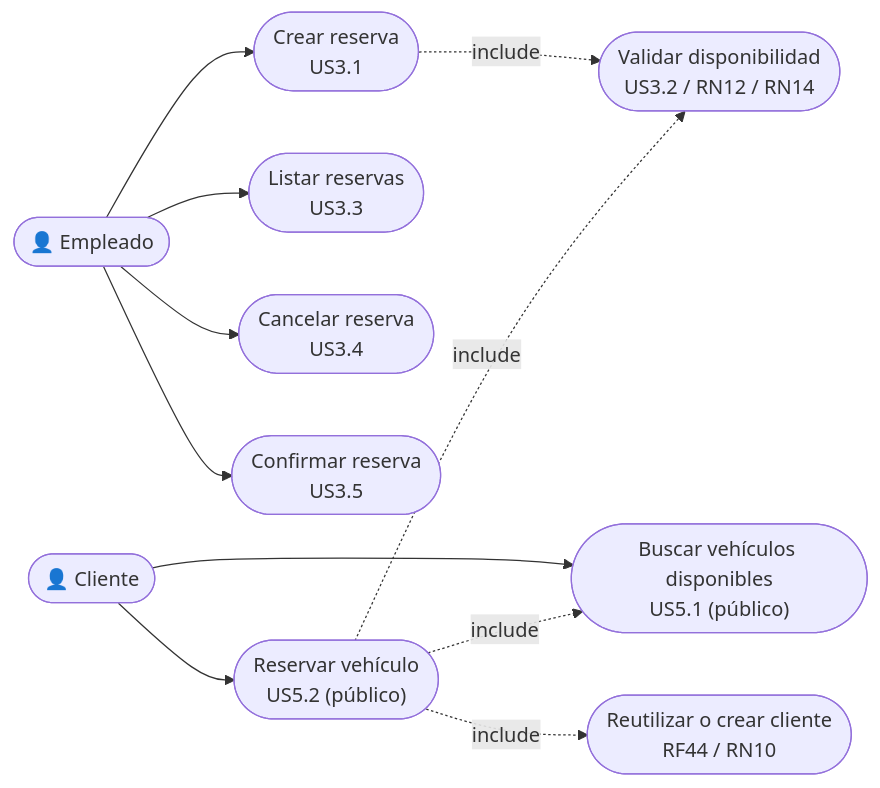
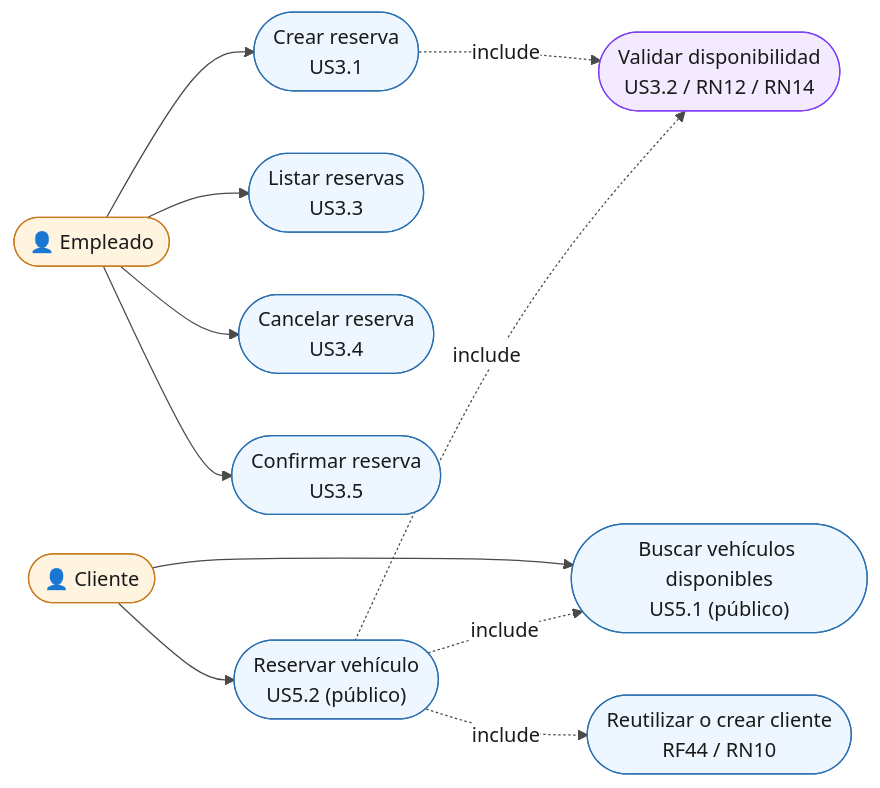
Before and after one commit to chaarlyez/Sistema_de_alquiler_de_veh-culos: the first of 6 diagrams in docs/03-uml/02-reservas-chaarlyez.md, drawn with Mermaid. The commit also changed other lines of this file and 6 other files, not shown here.

First line of the commit message:
docs: colorear todos los diagramas Mermaid y cerrar observacion de notacion

````diff
--- a/docs/03-uml/02-reservas-chaarlyez.md
+++ b/docs/03-uml/02-reservas-chaarlyez.md
@@ -20,28 +20,43 @@
 ```mermaid
+%%{init: {'theme': 'base', 'themeVariables': {
+  'background': '#ffffff',
+  'primaryColor': '#ffffff',
+  'primaryBorderColor': '#4a4a4a',
+  'primaryTextColor': '#1a1a1a',
+  'lineColor': '#4a4a4a',
+  'textColor': '#1a1a1a'
+}}}%%
 flowchart LR
     Empleado(["👤 Empleado"])
     Cliente(["👤 Cliente"])
 
     UC31(["Crear reserva<br/>US3.1"])
     UC33(["Listar reservas<br/>US3.3"])
     UC34(["Cancelar reserva<br/>US3.4"])
     UC35(["Confirmar reserva<br/>US3.5"])
     UC32(["Validar disponibilidad<br/>US3.2 / RN12 / RN14"])
 
     UC51(["Buscar vehículos disponibles<br/>US5.1 (público)"])
     UC52(["Reservar vehículo<br/>US5.2 (público)"])
     UC_CLI(["Reutilizar o crear cliente<br/>RF44 / RN10"])
 
     Empleado --> UC31
     Empleado --> UC33
     Empleado --> UC34
     Empleado --> UC35
 
     Cliente --> UC51
     Cliente --> UC52
 
     UC31 -.->|include| UC32
     UC52 -.->|include| UC32
     UC52 -.->|include| UC51
     UC52 -.->|include| UC_CLI
+
+    classDef actor fill:#fff4e0,stroke:#c97a1e,color:#1a1a1a
+    classDef usecase fill:#eef6ff,stroke:#2a6fb0,color:#1a1a1a
+    classDef shared fill:#f3eaff,stroke:#7e3ff2,color:#1a1a1a
+    class Empleado,Cliente actor
+    class UC31,UC33,UC34,UC35,UC51,UC52,UC_CLI usecase
+    class UC32 shared
 ```
````
